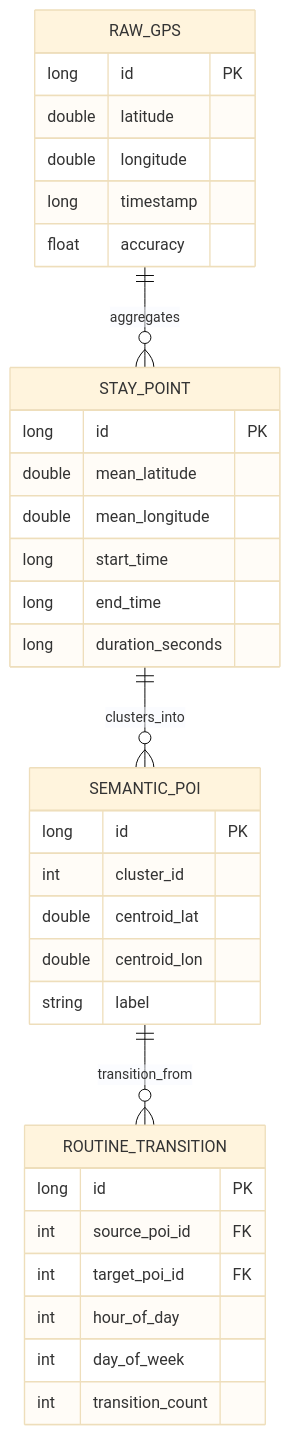
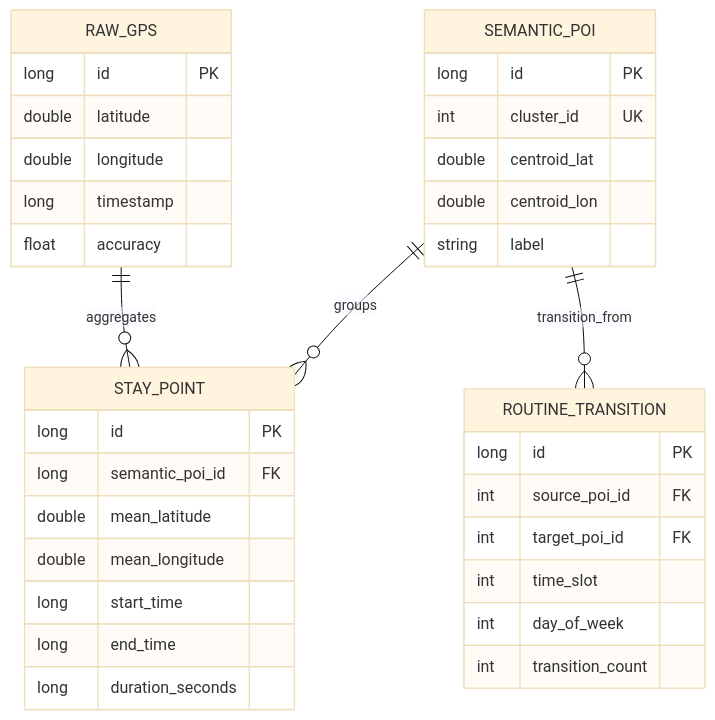
Before and after one commit to Reyatsu99/HabitMiner: the third of 3 diagrams in docs/ARCHITECTURE.md, drawn with Mermaid (base theme). The commit also changed other lines of this file and 3 other files, not shown here.

Commit message:
Fix technical bugs, methodology metrics, DB schema relationships, and parameters across documentation

````diff
--- a/docs/ARCHITECTURE.md
+++ b/docs/ARCHITECTURE.md
@@ -119,37 +97,38 @@
 ```mermaid
 erDiagram
     RAW_GPS {
         long id PK
         double latitude
         double longitude
         long timestamp
         float accuracy
     }
+    SEMANTIC_POI {
+        long id PK
+        int cluster_id UK
+        double centroid_lat
+        double centroid_lon
+        string label
+    }
     STAY_POINT {
         long id PK
+        long semantic_poi_id FK
         double mean_latitude
         double mean_longitude
         long start_time
         long end_time
         long duration_seconds
     }
-    SEMANTIC_POI {
-        long id PK
-        int cluster_id
-        double centroid_lat
-        double centroid_lon
-        string label
-    }
     ROUTINE_TRANSITION {
         long id PK
         int source_poi_id FK
         int target_poi_id FK
-        int hour_of_day
+        int time_slot
         int day_of_week
         int transition_count
     }
 
     RAW_GPS ||--o{ STAY_POINT : aggregates
-    STAY_POINT ||--o{ SEMANTIC_POI : clusters_into
+    SEMANTIC_POI ||--o{ STAY_POINT : groups
     SEMANTIC_POI ||--o{ ROUTINE_TRANSITION : transition_from
 ```
````
